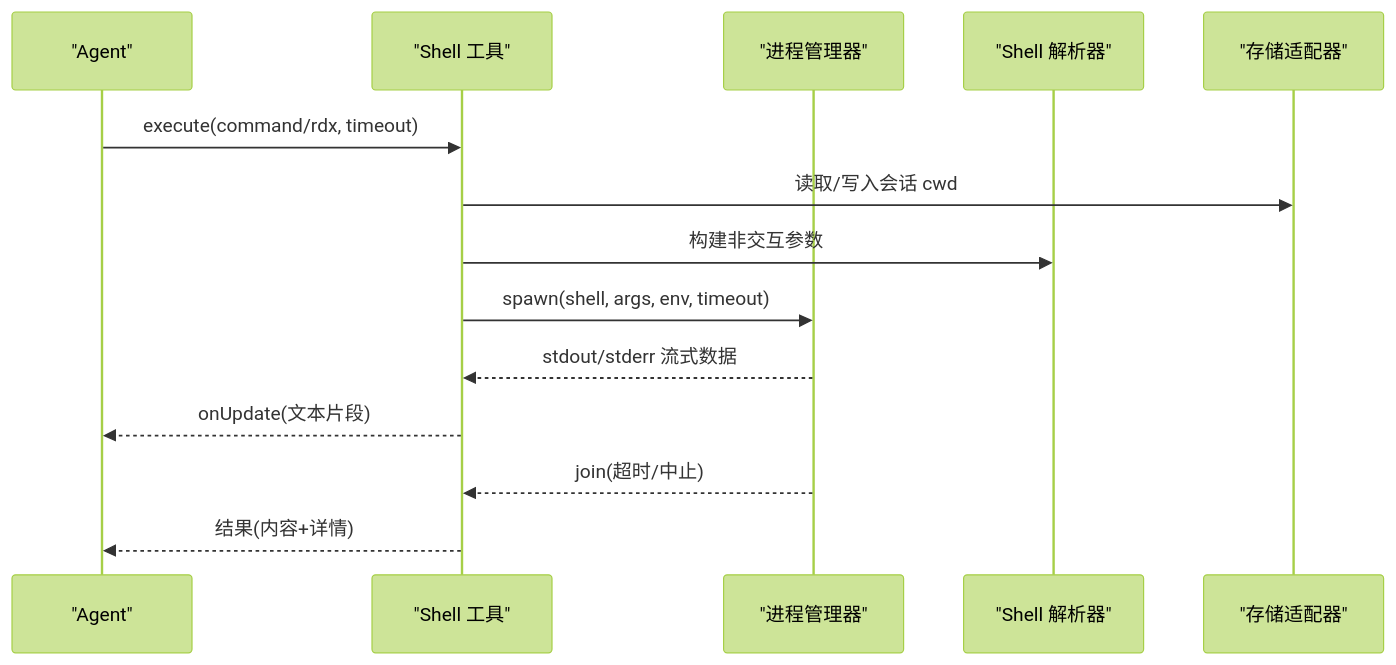
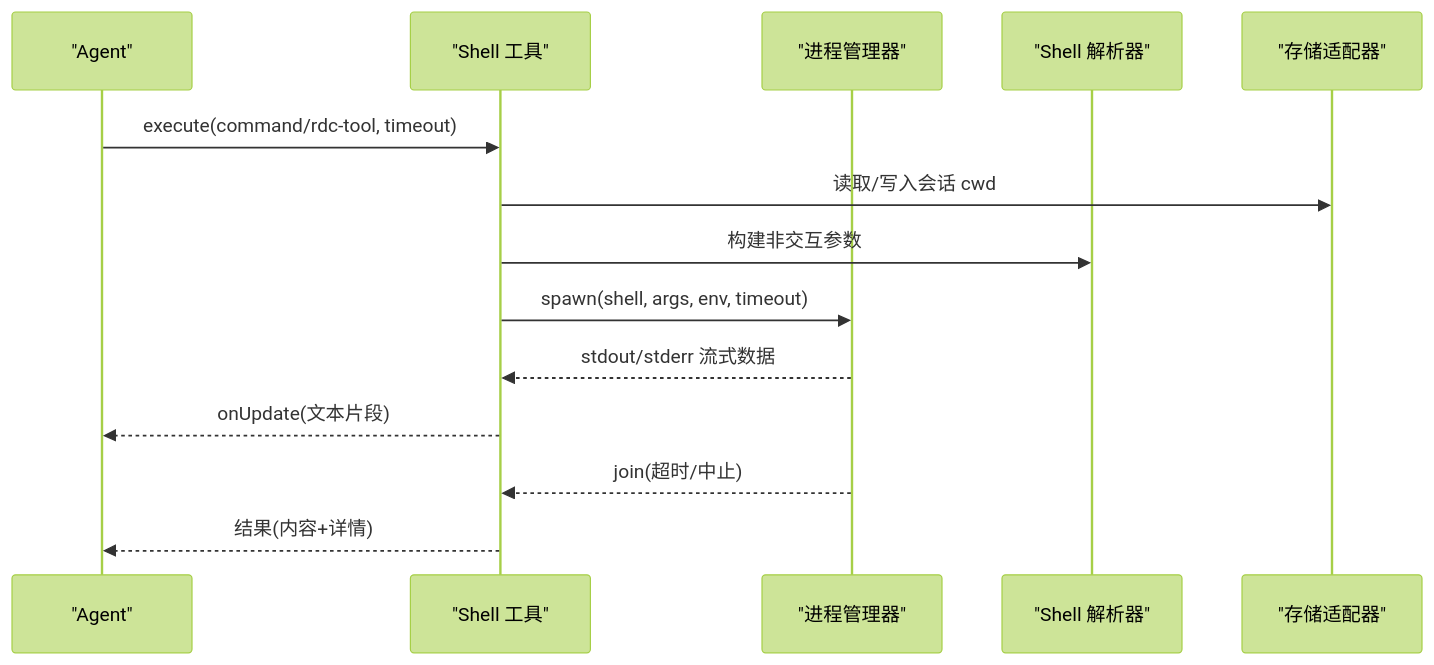
Before and after one commit to haolange/RDC-Agent: the third of 7 diagrams in .qoder/repowiki/zh/content/扩展开发/自定义 Tool 开发/内置工具示例/内置工具示例.md, drawn with Mermaid (forest theme). The commit also changed other lines of this file and 557 other files, not shown here.

First line of the commit message:
Unify RDC-Agent identity and canonical RDC-Tool integration

````diff
--- a/.qoder/repowiki/zh/content/扩展开发/自定义 Tool 开发/内置工具示例/内置工具示例.md
+++ b/.qoder/repowiki/zh/content/扩展开发/自定义 Tool 开发/内置工具示例/内置工具示例.md
@@ -152,16 +152,16 @@
 ```mermaid
 sequenceDiagram
 participant Agent as "Agent"
 participant Tool as "Shell 工具"
 participant PS as "进程管理器"
 participant SR as "Shell 解析器"
 participant ST as "存储适配器"
-Agent->>Tool : execute(command/rdx, timeout)
+Agent->>Tool : execute(command/rdc-tool, timeout)
 Tool->>ST : 读取/写入会话 cwd
 Tool->>SR : 构建非交互参数
 Tool->>PS : spawn(shell, args, env, timeout)
 PS-->>Tool : stdout/stderr 流式数据
 Tool-->>Agent : onUpdate(文本片段)
 PS-->>Tool : join(超时/中止)
 Tool-->>Agent : 结果(内容+详情)
 ```
````
